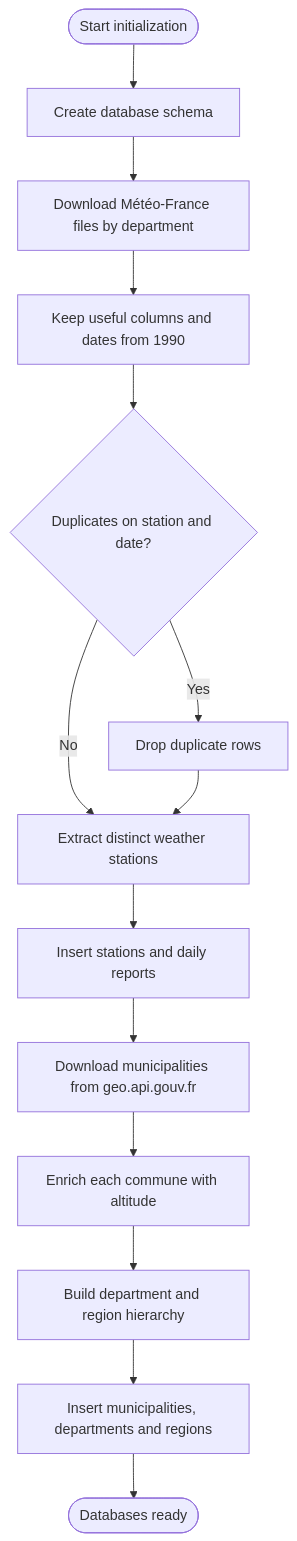
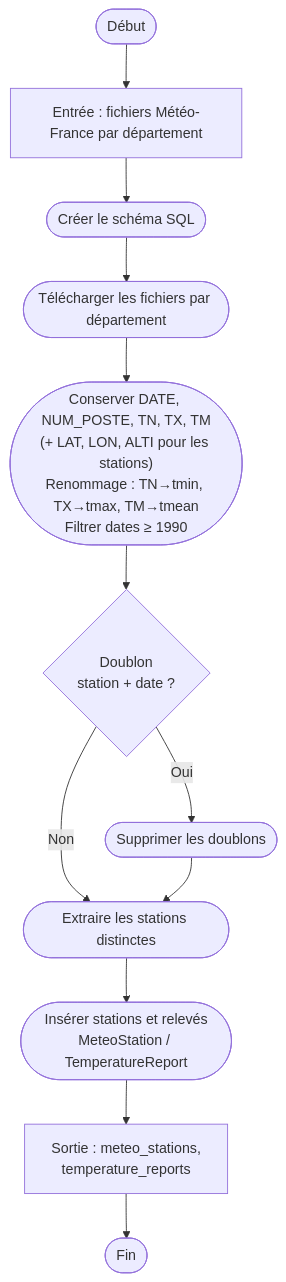
The first of 8 diagrams in doc/activity_diagram.md (gabriel-dahan/ensai-it-project-2a-team12), drawn with Mermaid before and after one commit. The commit also changed other lines of this file and 29 other files, not shown here.

Commit message:
New diagrams & reporr

````diff
--- a/doc/activity_diagram.md
+++ b/doc/activity_diagram.md
@@ -5,16 +8,14 @@
 ```mermaid
 flowchart TD
-    start([Start initialization]) --> createDb[Create database schema]
-    createDb --> weather[Download Météo-France files by department]
-    weather --> filterMeteo[Keep useful columns and dates from 1990]
-    filterMeteo --> dedup{Duplicates on station and date?}
-    dedup -->|Yes| dropDup[Drop duplicate rows]
-    dedup -->|No| stations
-    dropDup --> stations[Extract distinct weather stations]
-    stations --> saveMeteo[Insert stations and daily reports]
-    saveMeteo --> geo[Download municipalities from geo.api.gouv.fr]
-    geo --> alti[Enrich each commune with altitude]
-    alti --> hierarchy[Build department and region hierarchy]
-    hierarchy --> saveGeo[Insert municipalities, departments and regions]
-    saveGeo --> ready([Databases ready])
+    start([Début]) --> entree["Entrée : fichiers Météo-France par département"]
+    entree --> createDb([Créer le schéma SQL])
+    createDb --> weather([Télécharger les fichiers par département])
+    weather --> filterMeteo(["Conserver DATE, NUM_POSTE, TN, TX, TM\n(+ LAT, LON, ALTI pour les stations)\nRenommage : TN→tmin, TX→tmax, TM→tmean\nFiltrer dates ≥ 1990"])
+    filterMeteo --> dedup{Doublon\nstation + date ?}
+    dedup -->|Oui| dropDup([Supprimer les doublons])
+    dedup -->|Non| stations
+    dropDup --> stations([Extraire les stations distinctes])
+    stations --> saveMeteo(["Insérer stations et relevés\nMeteoStation / TemperatureReport"])
+    saveMeteo --> sortie["Sortie : meteo_stations,\ntemperature_reports"]
+    sortie --> ready([Fin])
 ```
````
